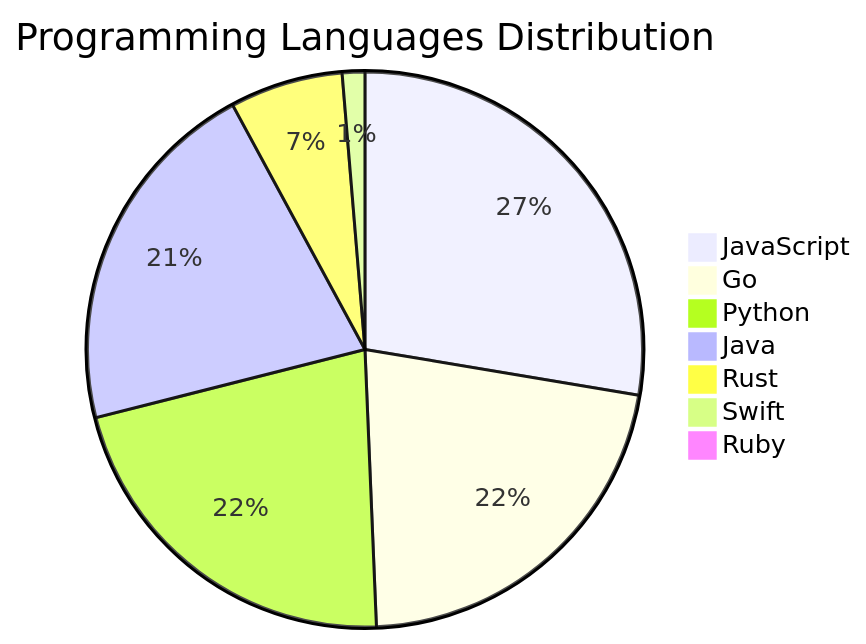
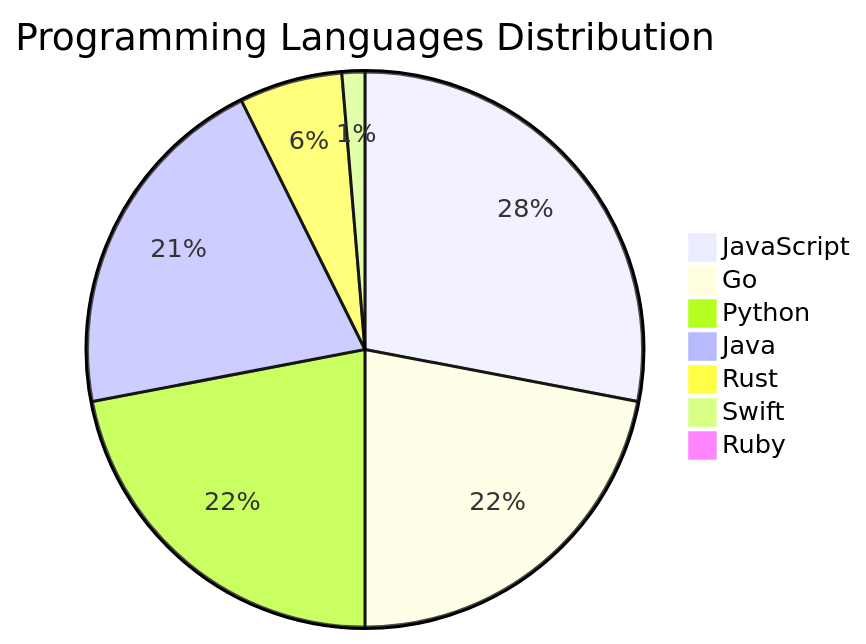
Before and after one commit to Derrick-MUGISHA/github-activity-bot: the diagram in README.md, drawn with Mermaid. The commit also changed other lines of this file and 4 other files, not shown here.

````diff
--- a/README.md
+++ b/README.md
@@ -213,10 +213,10 @@
 ```mermaid
 pie title Programming Languages Distribution
     "JavaScript" : 42
     "Go" : 33
     "Python" : 33
-    "Java" : 32
-    "Rust" : 10
+    "Java" : 31
+    "Rust" : 9
     "Swift" : 2
     "Ruby" : 1
 ```
````
